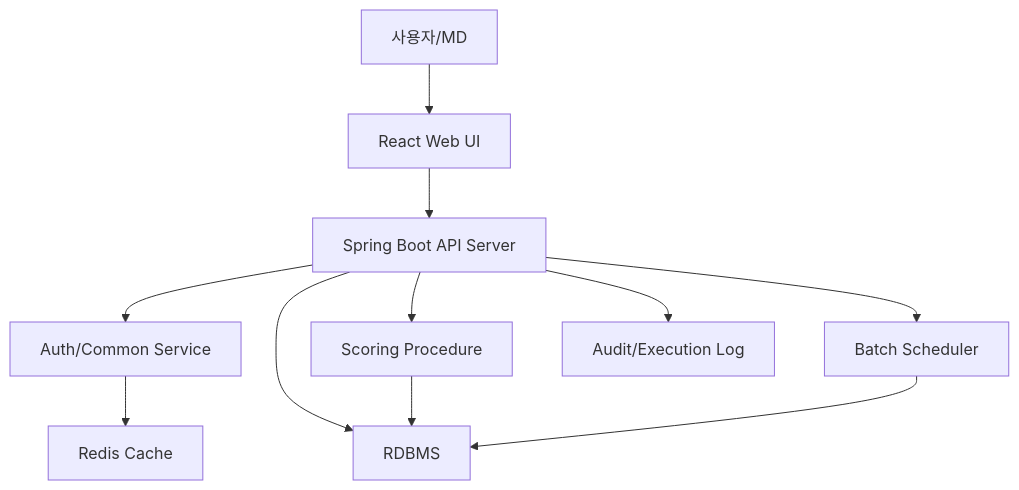
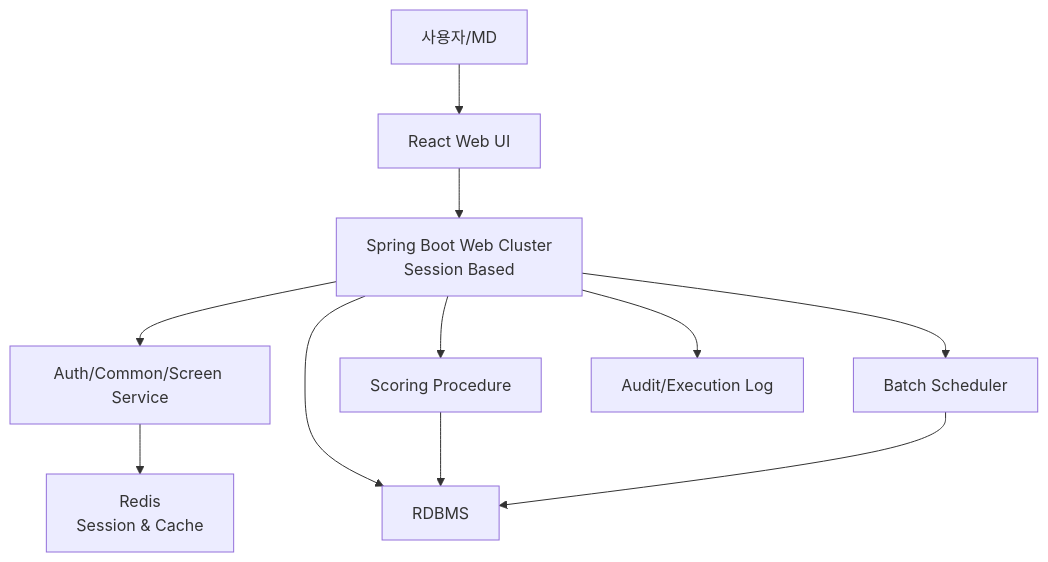
The second of 2 diagrams in pog_design.md (toughskg/pog), drawn with Mermaid before and after one commit. The commit also changed other lines of this file and 5 other files, not shown here.

Commit message:
Correct Spring Boot session architecture

````diff
--- a/pog_design.md
+++ b/pog_design.md
@@ -57,13 +59,13 @@
 ```mermaid
 flowchart TD
     U["사용자/MD"] --> R["React Web UI"]
-    R --> A["Spring Boot API Server"]
-    A --> C["Auth/Common Service"]
-    C --> RD["Redis Cache"]
+    R --> A["Spring Boot Web Cluster<br/>Session Based"]
+    A --> C["Auth/Common/Screen Service"]
+    C --> RD["Redis<br/>Session & Cache"]
     A --> DB["RDBMS"]
     A --> P["Scoring Procedure"]
     P --> DB
     A --> B["Batch Scheduler"]
     B --> DB
     A --> L["Audit/Execution Log"]
 ```
````
